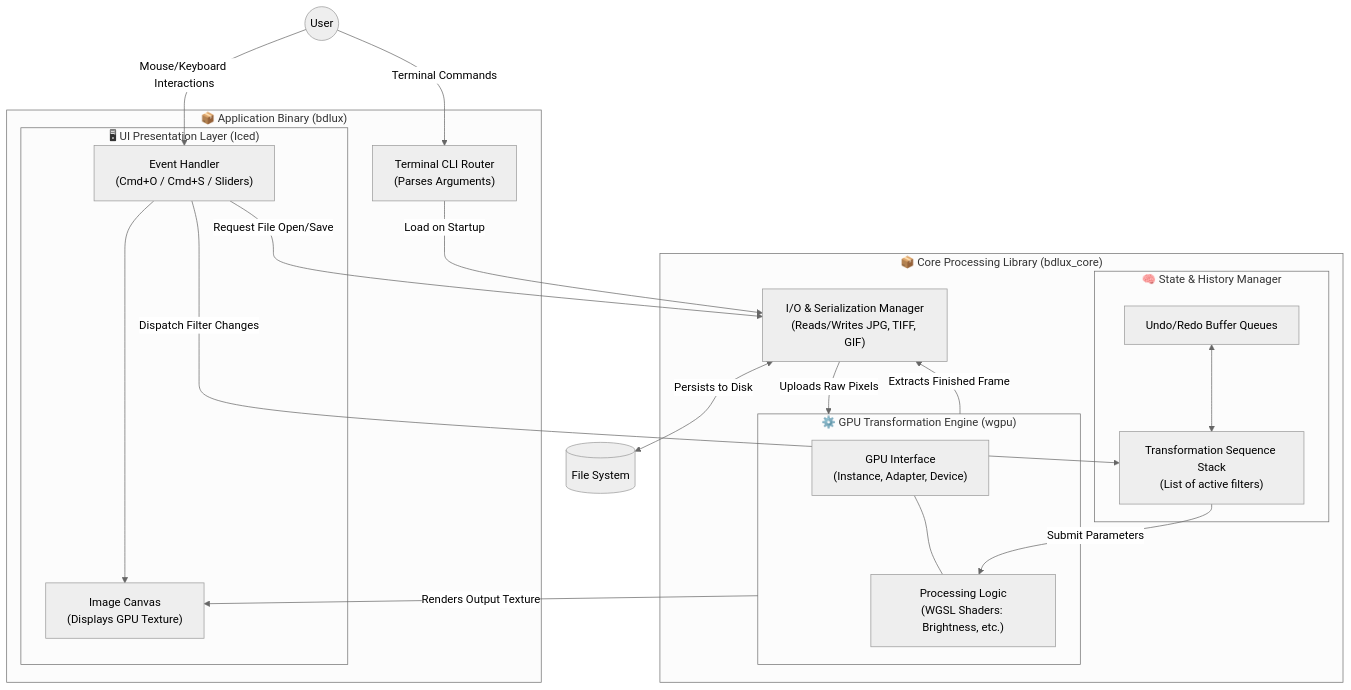
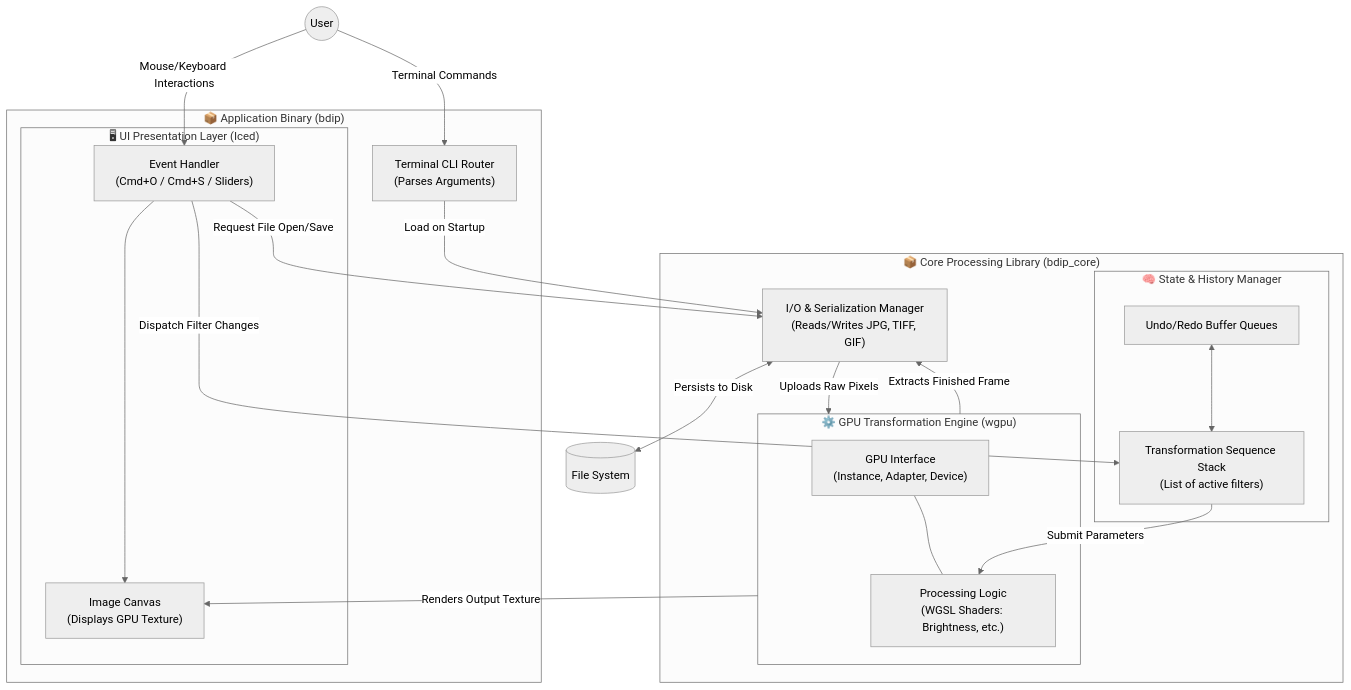
Before and after one commit to billdirks/bdip: the diagram in architecture_diagram.md, drawn with Mermaid (neutral theme). The commit also changed other lines of this file and 1 other file, not shown here.

Commit message:
Name lib/app bdip

````diff
--- a/architecture_diagram.md
+++ b/architecture_diagram.md
@@ -5,50 +5,50 @@
 ```mermaid 
 flowchart TB
     %% Entities
     User((User))
     FileSystem[(File System)]
 
     %% Application Binary Workspace
-    subgraph AppBinary ["📦 Application Binary (bdlux)"]
+    subgraph AppBinary ["📦 Application Binary (bdip)"]
         CLI["Terminal CLI Router<br/>(Parses Arguments)"]
         
         subgraph UILayer ["🖥 UI Presentation Layer (Iced)"]
             UIEvents["Event Handler<br/>(Cmd+O / Cmd+S / Sliders)"]
             CanvasViewer["Image Canvas<br/>(Displays GPU Texture)"]
             UIEvents --> CanvasViewer
         end
     end
 
     %% Core Library Workspace
-    subgraph CoreLib ["📦 Core Processing Library (bdlux_core)"]
+    subgraph CoreLib ["📦 Core Processing Library (bdip_core)"]
         IO["I/O & Serialization Manager<br/>(Reads/Writes JPG, TIFF, GIF)"]
         
         subgraph StateManager ["🧠 State & History Manager"]
             UndoRedo["Undo/Redo Buffer Queues"]
             TransformStack["Transformation Sequence Stack<br/>(List of active filters)"]
             UndoRedo <--> TransformStack
         end
 
         subgraph GPUEngine ["⚙️ GPU Transformation Engine (wgpu)"]
             HardwareSetup["GPU Interface<br/>(Instance, Adapter, Device)"]
             WGSLShaders["Processing Logic<br/>(WGSL Shaders: Brightness, etc.)"]
             HardwareSetup --- WGSLShaders
         end
     end
 
     %% Human Inputs
     User -->|Terminal Commands| CLI
     User -->|Mouse/Keyboard Interactions| UIEvents
 
     %% Inter-Component Flow
     CLI -->|Load on Startup| IO
     UIEvents -->|Request File Open/Save| IO
     UIEvents -->|Dispatch Filter Changes| TransformStack
 
     IO -->|Uploads Raw Pixels| GPUEngine
     IO <-->|Persists to Disk| FileSystem
 
     TransformStack -->|Submit Parameters| WGSLShaders
     GPUEngine -->|Renders Output Texture| CanvasViewer
     GPUEngine -->|Extracts Finished Frame| IO
 ```
````
